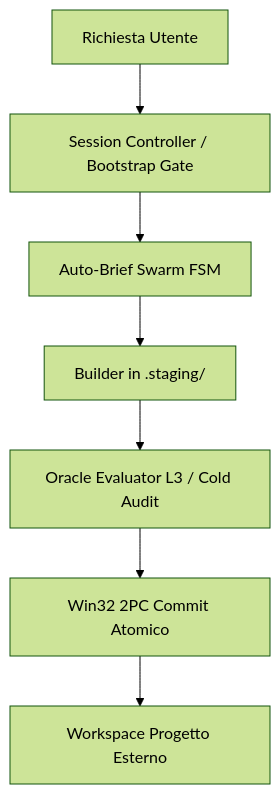
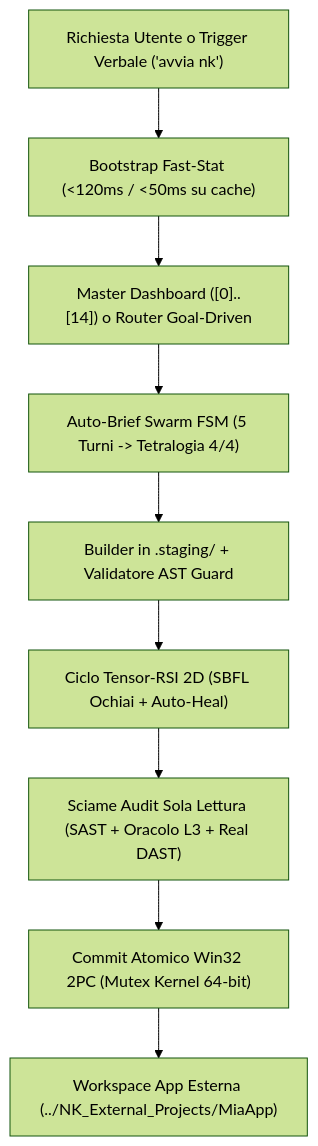
The first of 2 diagrams in README.it.md (erbaldo86/NK-Hub), drawn with Mermaid (forest theme) before and after one commit. The commit also changed other lines of this file and 192 other files, not shown here.

Commit message:
release(v3.1.0-Tensor-RSI): architettura Tensor-RSI 2D, 108 Golden Tests Zero-Mock, CoVe CLI AST Gate e tutorial bilingue EN/IT

````diff
--- a/README.it.md
+++ b/README.it.md
@@ -66,9 +68,11 @@
 ```mermaid
-graph TD
-    A[Richiesta Utente] --> B[Session Controller / Bootstrap Gate]
-    B --> C[Auto-Brief Swarm FSM]
-    C --> D[Builder in .staging/]
-    D --> E[Oracle Evaluator L3 / Cold Audit]
-    E --> F[Win32 2PC Commit Atomico]
-    F --> G[Workspace Progetto Esterno]
+flowchart TD
+    U["Richiesta Utente o Trigger Verbale ('avvia nk')"] --> B["Bootstrap Fast-Stat (<120ms / <50ms su cache)"]
+    B --> M["Master Dashboard ([0]..[14]) o Router Goal-Driven"]
+    M --> P["Auto-Brief Swarm FSM (5 Turni -> Tetralogia 4/4)"]
+    P --> S["Builder in .staging/ + Validatore AST Guard"]
+    S --> R["Ciclo Tensor-RSI 2D (SBFL Ochiai + Auto-Heal)"]
+    R --> A["Sciame Audit Sola Lettura (SAST + Oracolo L3 + Real DAST)"]
+    A --> C["Commit Atomico Win32 2PC (Mutex Kernel 64-bit)"]
+    C --> E["Workspace App Esterna (../NK_External_Projects/MiaApp)"]
 ```
````
